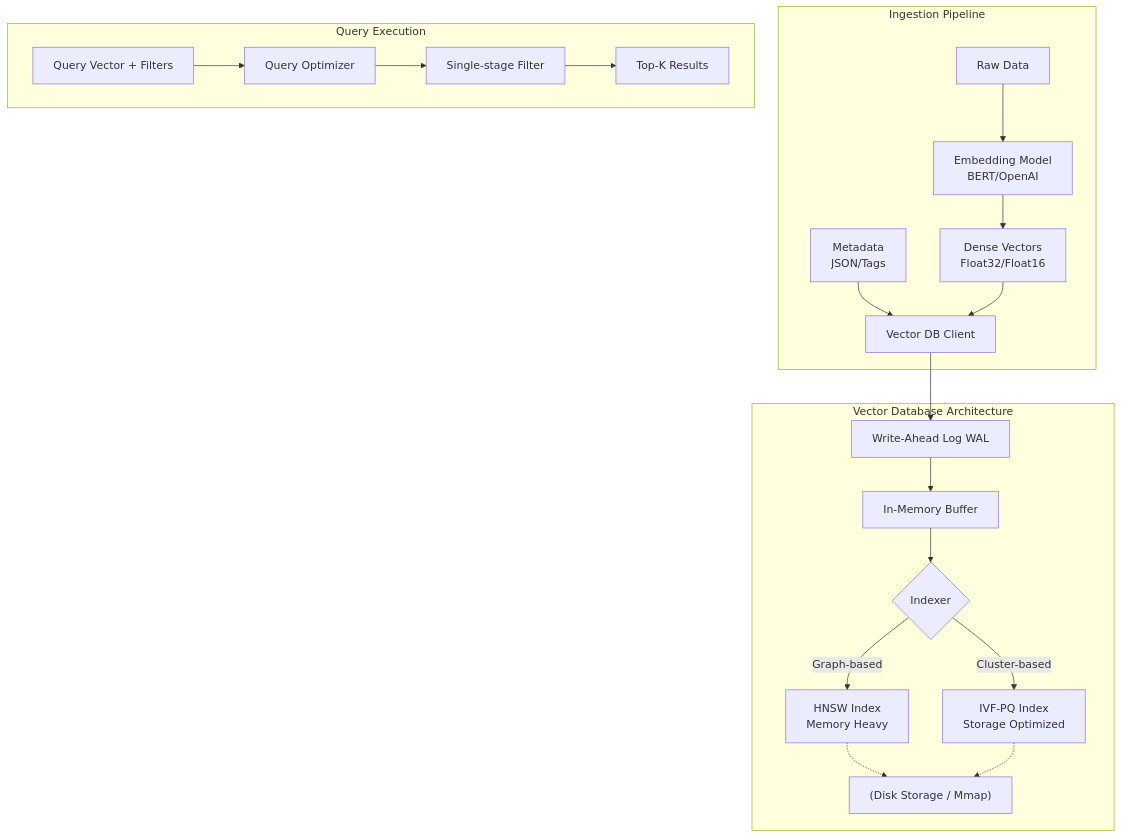
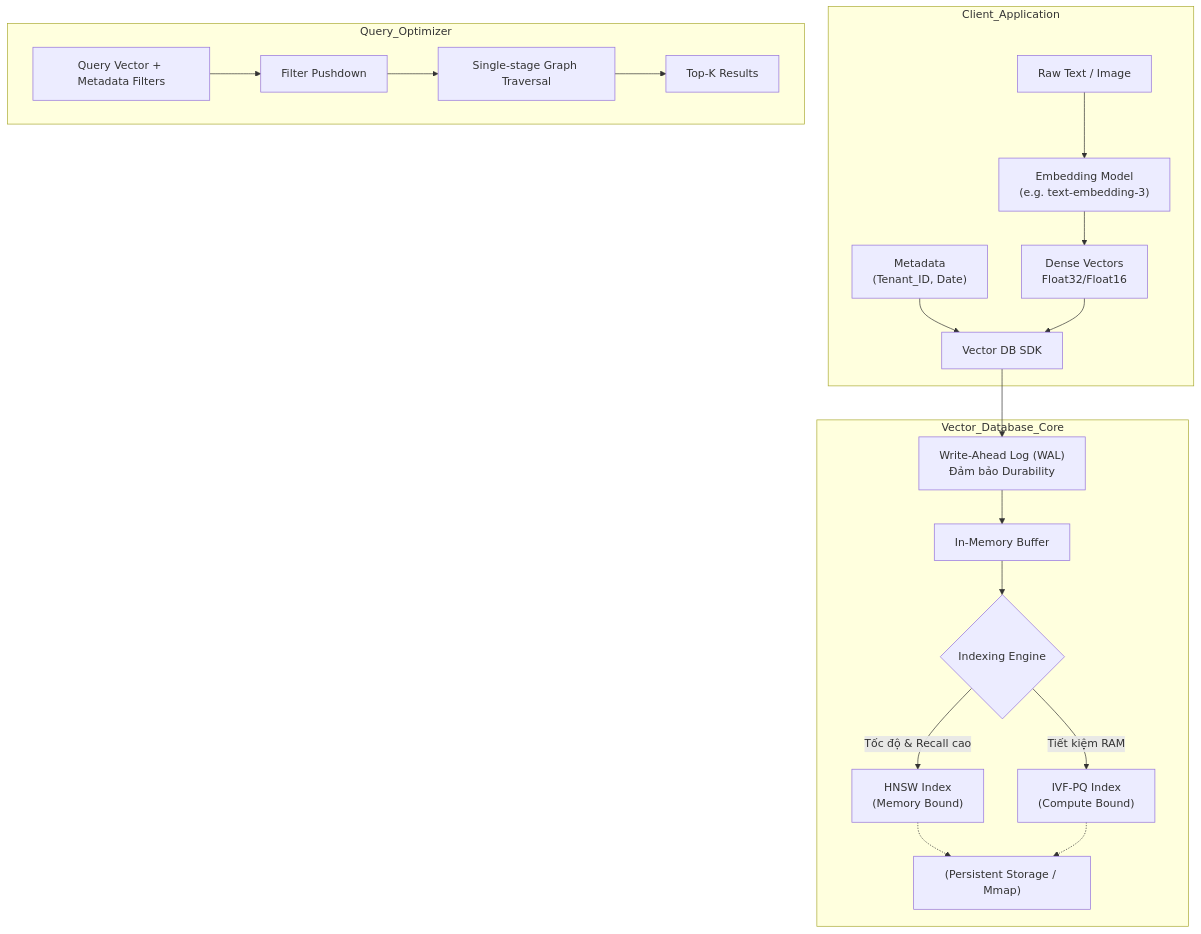
The diagram in src/content/docs/concepts/3-storage-engines-formats/vector-database.md (kythuatdulieu/kythuatdulieu.github.io), drawn with Mermaid before and after one commit. The commit also changed other lines of this file and 228 other files, not shown here.

Commit message:
Fix syntax and rewrite 200+ concepts docs to deep-dive system architecture and add GA4 tracking to quiz app

````diff
--- a/src/content/docs/concepts/3-storage-engines-formats/vector-database.md
+++ b/src/content/docs/concepts/3-storage-engines-formats/vector-database.md
@@ -22,26 +24,26 @@
 ```mermaid
 graph TD
-    subgraph Ingestion Pipeline
-        A["Raw Data"] --> B["Embedding Model <br/> BERT/OpenAI"]
+    subgraph Client_Application
+        A["Raw Text / Image"] --> B["Embedding Model <br/> (e.g. text-embedding-3)"]
         B --> C["Dense Vectors <br/> Float32/Float16"]
-        D["Metadata <br/> JSON/Tags"] --> E["Vector DB Client"]
+        D["Metadata <br/> (Tenant_ID, Date)"] --> E["Vector DB SDK"]
         C --> E
     end
     
-    subgraph Vector Database Architecture
-        E --> F["Write-Ahead Log WAL"]
+    subgraph Vector_Database_Core
+        E --> F["Write-Ahead Log (WAL)\nĐảm bảo Durability"]
         F --> G["In-Memory Buffer"]
         
-        G --> H{"Indexer"}
-        H -->|Graph-based| I["HNSW Index <br/> Memory Heavy"]
-        H -->|Cluster-based| J["IVF-PQ Index <br/> Storage Optimized"]
+        G --> H{"Indexing Engine"}
+        H -->|Tốc độ & Recall cao| I["HNSW Index <br/> (Memory Bound)"]
+        H -->|Tiết kiệm RAM| J["IVF-PQ Index <br/> (Compute Bound)"]
         
-        I & J -.-> K["(Disk Storage / Mmap)"]
+        I & J -.-> K["(Persistent Storage / Mmap)"]
     end
     
-    subgraph Query Execution
-        L["Query Vector + Filters"] --> M["Query Optimizer"]
-        M --> N["Single-stage Filter"]
+    subgraph Query_Optimizer
+        L["Query Vector + Metadata Filters"] --> M["Filter Pushdown"]
+        M --> N["Single-stage Graph Traversal"]
         N --> O["Top-K Results"]
     end
 ```
````
